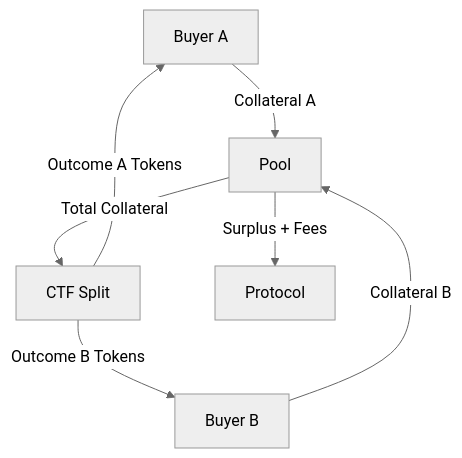
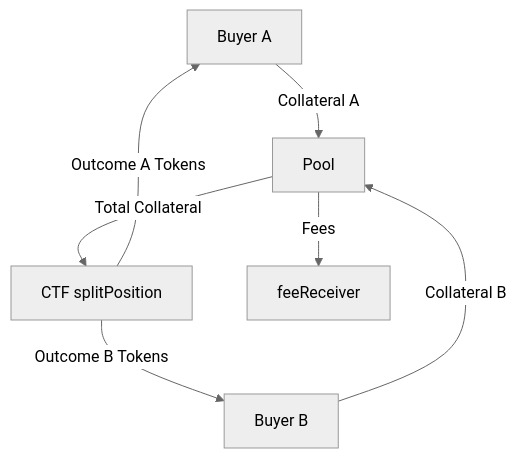
The third of 4 diagrams in docs/flows/MATCHING_MECHANISMS.md (Doefin/doefin-v2), drawn with Mermaid (neutral theme) before and after one commit. The commit also changed other lines of this file and 8 other files, not shown here.

First line of the commit message:
docs: refresh architecture and flow docs for v3 contract state

````diff
--- a/docs/flows/MATCHING_MECHANISMS.md
+++ b/docs/flows/MATCHING_MECHANISMS.md
@@ -171,9 +125,9 @@
 ```mermaid
 graph TD
     A[Buyer A] -->|Collateral A| D[Pool]
     B[Buyer B] -->|Collateral B| D
-    D -->|Total Collateral| E[CTF Split]
+    D -->|Total Collateral| E[CTF splitPosition]
     E -->|Outcome A Tokens| A
     E -->|Outcome B Tokens| B
-    D -->|Surplus + Fees| F[Protocol]
+    D -->|Fees| F[feeReceiver]
 ```
````
